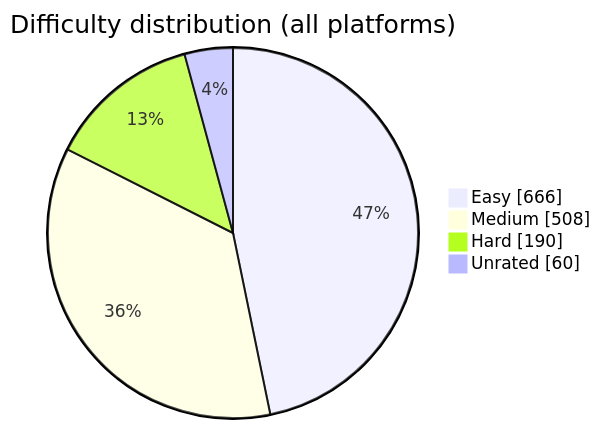
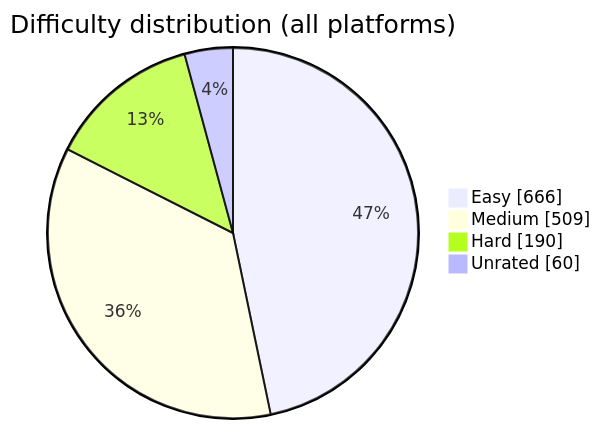
Before and after one commit to BuildbyArindam/Daily-Coding-Log: the diagram in README.md, drawn with Mermaid. The commit also changed other lines of this file, not shown here.

````diff
--- a/README.md
+++ b/README.md
@@ -93,7 +93,7 @@
 ```mermaid
 pie showData title Difficulty distribution (all platforms)
     "Easy" : 666
-    "Medium" : 508
+    "Medium" : 509
     "Hard" : 190
     "Unrated" : 60
 ```
````
